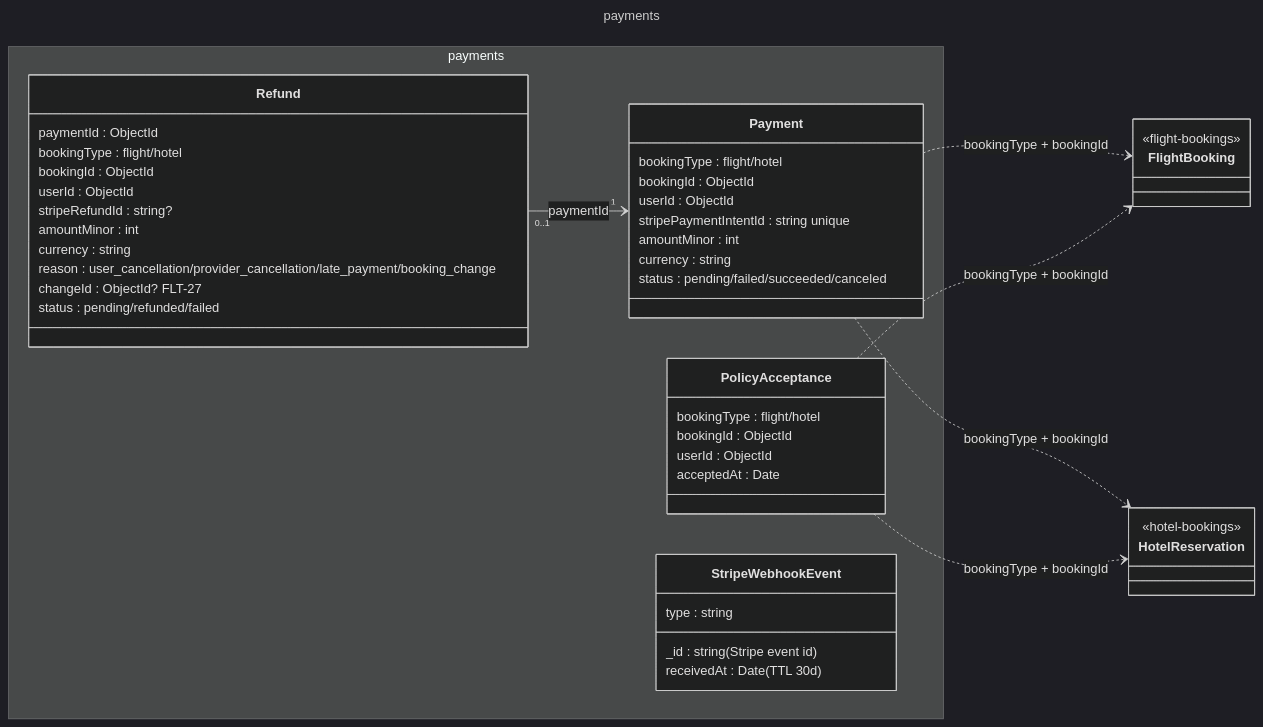
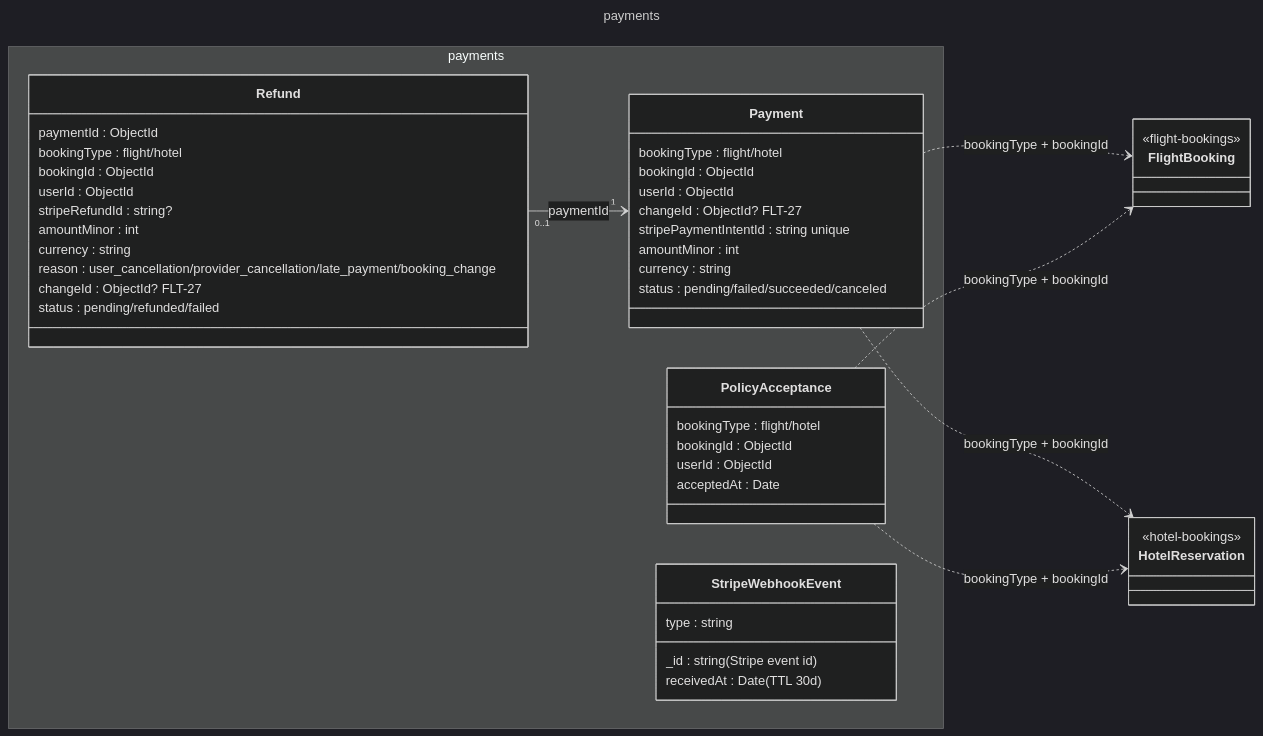
Before and after one commit to Host173/Man2o4ah: the diagram in docs/database/diagrams/04-payments.mmd, drawn with Mermaid (dark theme). The commit also changed 12 other files, not shown here.

```diff
--- a/docs/database/diagrams/04-payments.mmd
+++ b/docs/database/diagrams/04-payments.mmd
@@ -1,50 +1,51 @@
 ---
 title: payments
 ---
 classDiagram
   direction LR
   namespace payments {
     class Payment {
       bookingType : flight/hotel
       bookingId : ObjectId
       userId : ObjectId
+      changeId : ObjectId? FLT-27
       stripePaymentIntentId : string unique
       amountMinor : int
       currency : string
       status : pending/failed/succeeded/canceled
     }
     class Refund {
       paymentId : ObjectId
       bookingType : flight/hotel
       bookingId : ObjectId
       userId : ObjectId
       stripeRefundId : string?
       amountMinor : int
       currency : string
       reason : user_cancellation/provider_cancellation/late_payment/booking_change
       changeId : ObjectId? FLT-27
       status : pending/refunded/failed
     }
     class PolicyAcceptance {
       bookingType : flight/hotel
       bookingId : ObjectId
       userId : ObjectId
       acceptedAt : Date
     }
     class StripeWebhookEvent {
       _id : string (Stripe event id)
       type : string
       receivedAt : Date (TTL 30d)
     }
   }
   class FlightBooking {
     <<flight-bookings>>
   }
   class HotelReservation {
     <<hotel-bookings>>
   }
   Refund "0..1" --> "1" Payment : paymentId
   Payment ..> FlightBooking : bookingType + bookingId
   Payment ..> HotelReservation : bookingType + bookingId
   PolicyAcceptance ..> FlightBooking : bookingType + bookingId
   PolicyAcceptance ..> HotelReservation : bookingType + bookingId
```
